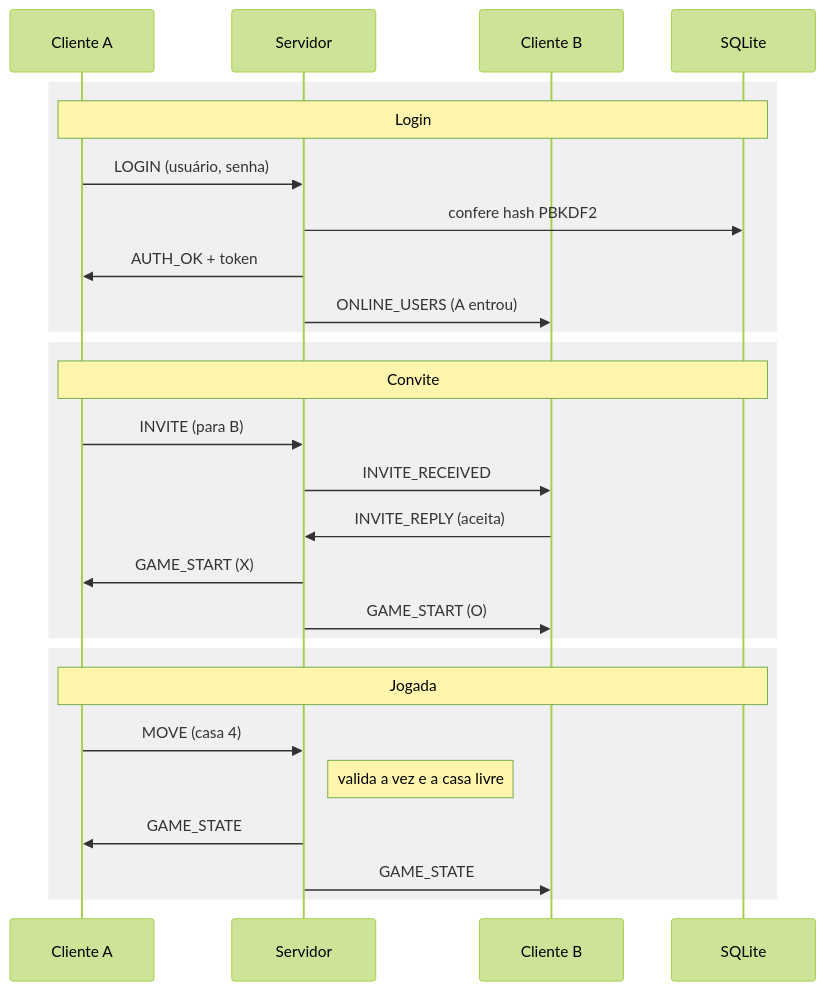
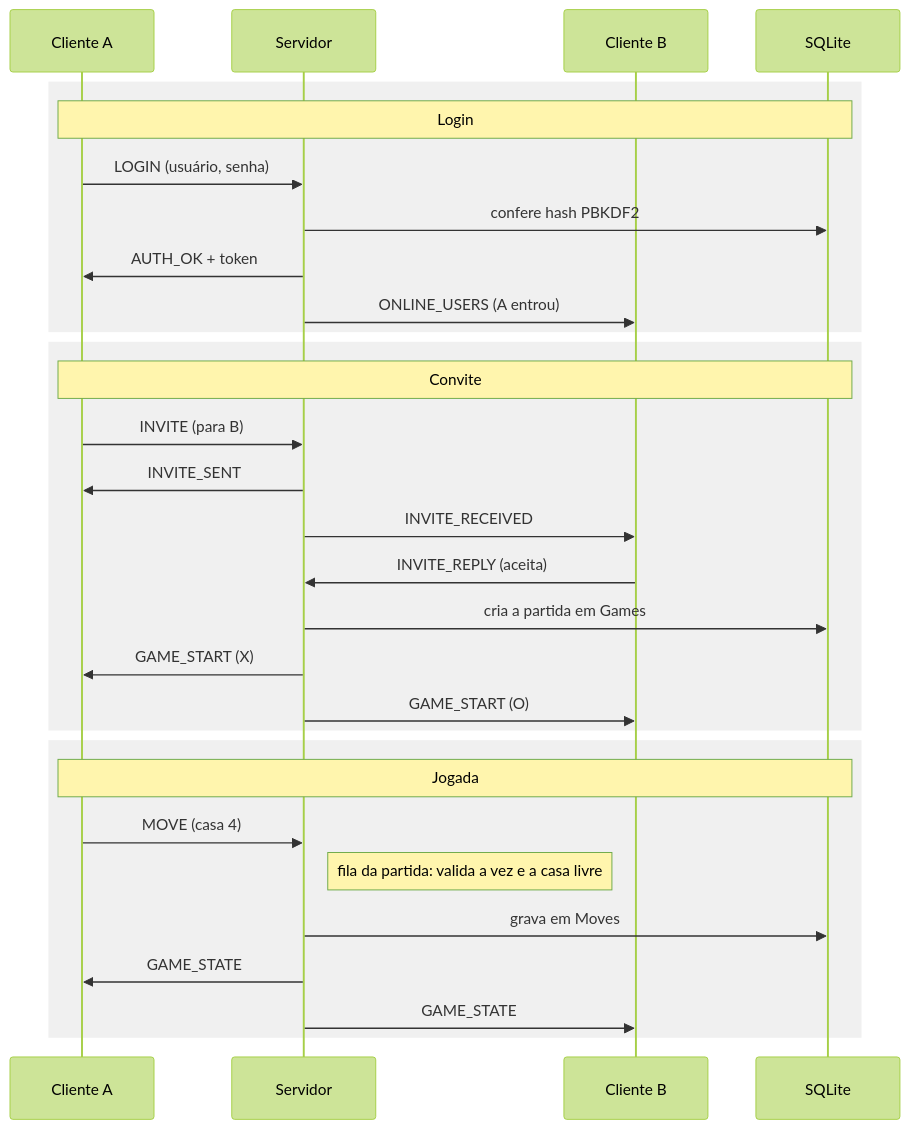
Before and after one commit to CarvalhoJeo/jogo-da-velha: the first of 3 diagrams in docs/05-protocolo.md, drawn with Mermaid (forest theme). The commit also changed other lines of this file and 6 other files, not shown here.

````diff
--- a/docs/05-protocolo.md
+++ b/docs/05-protocolo.md
@@ -40,32 +89,35 @@
 ```mermaid
 sequenceDiagram
     participant A as Cliente A
     participant S as Servidor
     participant B as Cliente B
     participant D as SQLite
 
     rect rgb(240, 240, 240)
     Note over A,D: Login
     A->>S: LOGIN (usuário, senha)
     S->>D: confere hash PBKDF2
     S->>A: AUTH_OK + token
     S->>B: ONLINE_USERS (A entrou)
     end
 
     rect rgb(240, 240, 240)
     Note over A,D: Convite
     A->>S: INVITE (para B)
+    S->>A: INVITE_SENT
     S->>B: INVITE_RECEIVED
     B->>S: INVITE_REPLY (aceita)
+    S->>D: cria a partida em Games
     S->>A: GAME_START (X)
     S->>B: GAME_START (O)
     end
 
     rect rgb(240, 240, 240)
     Note over A,D: Jogada
     A->>S: MOVE (casa 4)
-    Note right of S: valida a vez e a casa livre
+    Note right of S: fila da partida: valida a vez e a casa livre
+    S->>D: grava em Moves
     S->>A: GAME_STATE
     S->>B: GAME_STATE
     end
 ```
````
